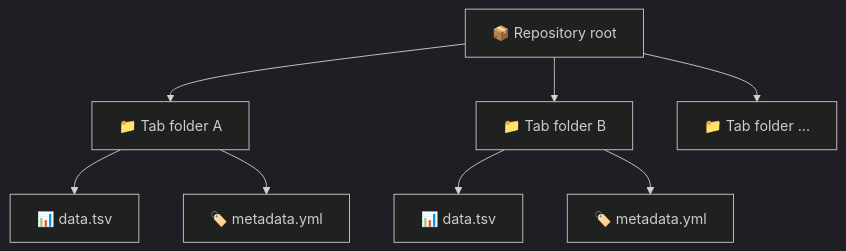
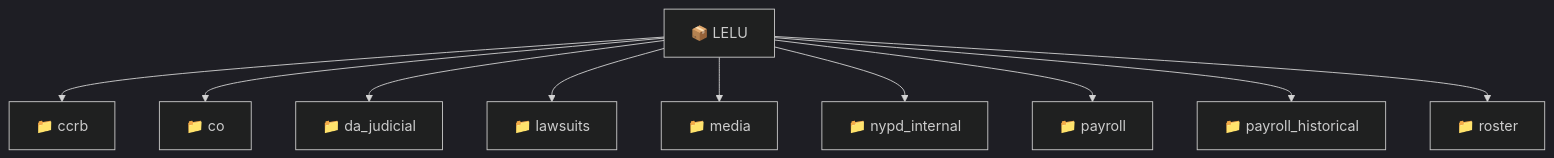
One commit to PrajwalKoirala638/LELU changed the fourth of 7 diagrams in README.md. Above: the diagram before and after it, drawn with Mermaid (dark theme). The commit also changed other lines of this file, not shown here.

````diff
--- a/README.md
+++ b/README.md
@@ -140,10 +173,12 @@
 ```mermaid
 flowchart TD
-    R["📦 Repository root"] --> T1["📁 Tab folder A"]
-    R --> T2["📁 Tab folder B"]
-    R --> T3["📁 Tab folder ..."]
-    T1 --> T1a["📊 data.tsv"]
-    T1 --> T1b["🏷️ metadata.yml"]
-    T2 --> T2a["📊 data.tsv"]
-    T2 --> T2b["🏷️ metadata.yml"]
+    R["📦 LELU"] --> A["📁 ccrb"]
+    R --> B["📁 co"]
+    R --> C["📁 da_judicial"]
+    R --> D["📁 lawsuits"]
+    R --> E["📁 media"]
+    R --> F["📁 nypd_internal"]
+    R --> G["📁 payroll"]
+    R --> H["📁 payroll_historical"]
+    R --> I["📁 roster"]
 ```
````
